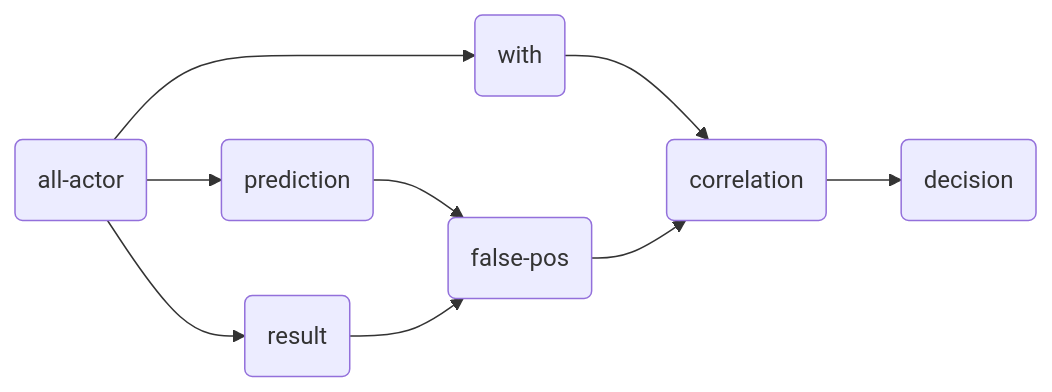
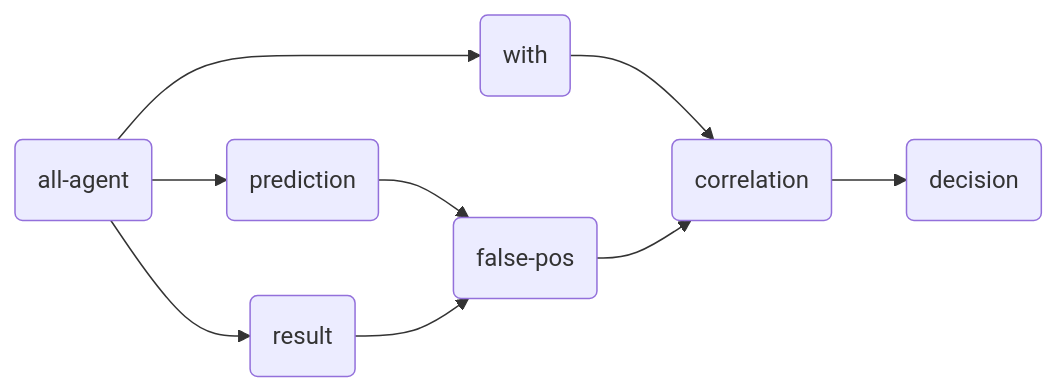
Before and after one commit to julianmendez/tiles: the diagram in docs/scoring_example.md, drawn with Mermaid. The commit also changed other lines of this file and 62 other files, not shown here.

````diff
--- a/docs/scoring_example.md
+++ b/docs/scoring_example.md
@@ -29,11 +29,11 @@
 ```mermaid
 graph LR
-  all-actor(all-actor) --> prediction
-  all-actor --> result
-  all-actor --> with-p
+  all-agent(all-agent) --> prediction
+  all-agent --> result
+  all-agent --> with-p
   prediction(prediction) --> false-pos
   result(result) --> false-pos
   with-p(with) --> correlation
   false-pos(false-pos) --> correlation
   correlation(correlation) --> decision(decision)
 ```
````
